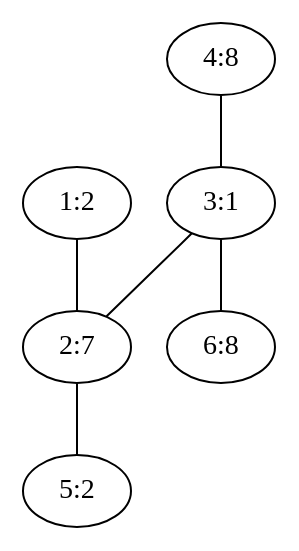
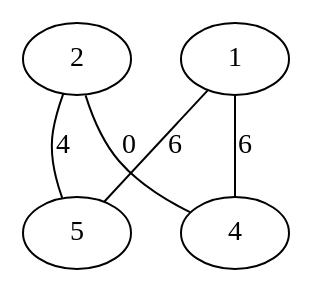
Before and after one commit to tamura2004/atcoder: the diagram in src/main.dot, drawn with Graphviz. The commit also changed 7 other files, not shown here.

```diff
--- a/src/main.dot
+++ b/src/main.dot
@@ -1,7 +1,6 @@
 graph sample {
-  "1:2" -- "2:7";
-  "3:1" -- "6:8";
-  "3:1" -- "2:7";
-  "4:8" -- "3:1";
-  "2:7" -- "5:2";
+  2 -- 5 [label = 4];
+  2 -- 4 [label = 0];
+  1 -- 5 [label = 6];
+  1 -- 4 [label = 6];
 }
```
